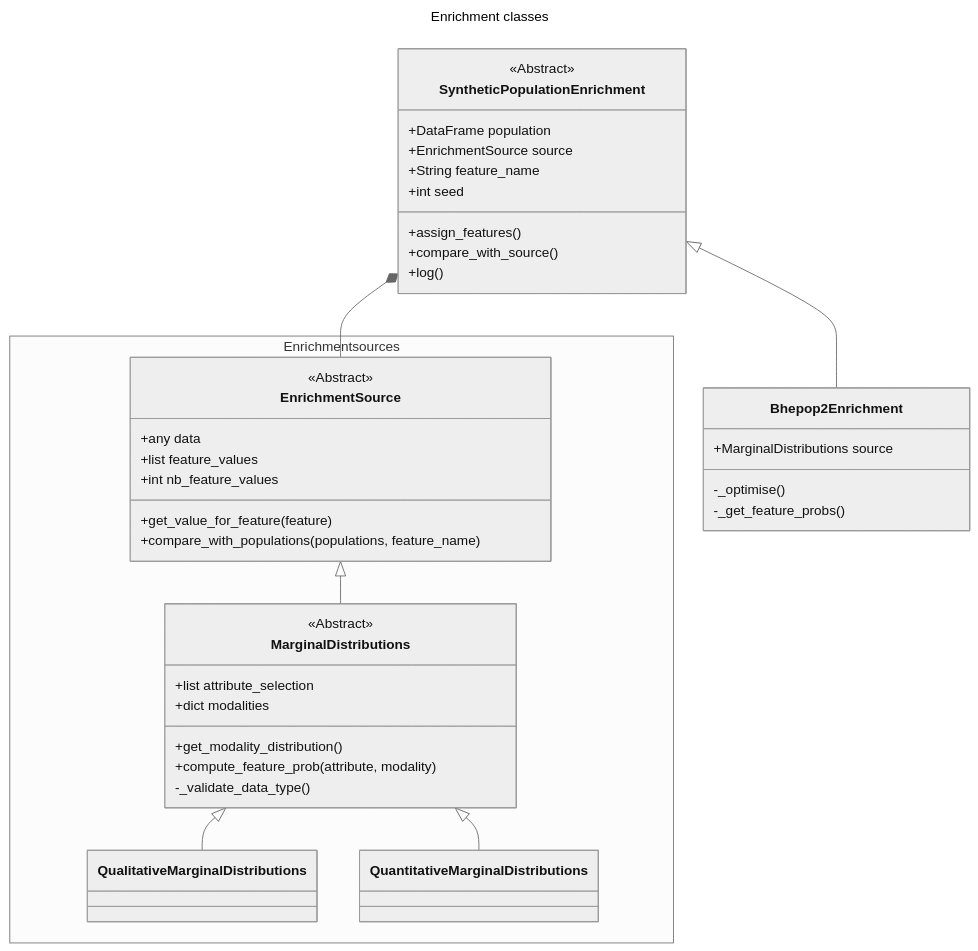
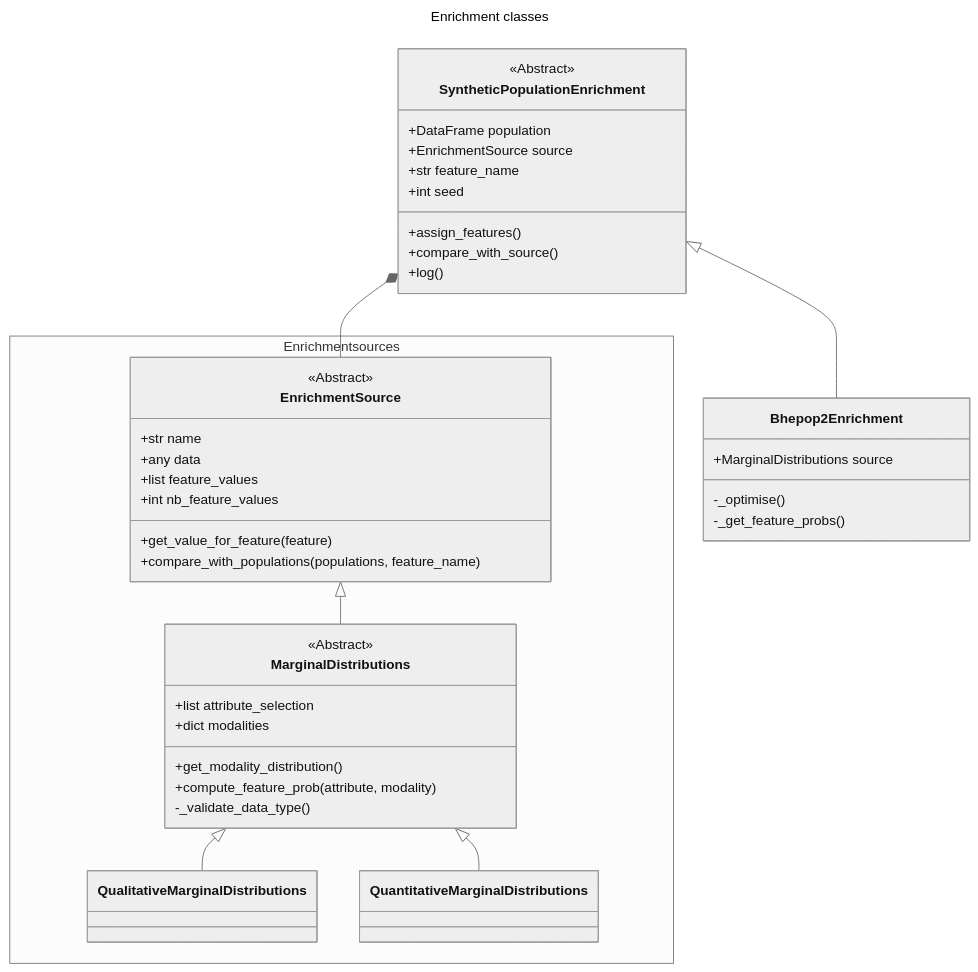
Before and after one commit to tellae/bhepop2: the diagram in docs/enrichment_classes.md, drawn with Mermaid (neutral theme). The commit also changed 5 other files, not shown here.

````diff
--- a/docs/enrichment_classes.md
+++ b/docs/enrichment_classes.md
@@ -2,58 +2,59 @@
 ```mermaid
 ---
 title: Enrichment classes
 ---
 classDiagram
     SyntheticPopulationEnrichment <|-- Bhepop2Enrichment
     SyntheticPopulationEnrichment *-- EnrichmentSource
     EnrichmentSource <|-- MarginalDistributions
     MarginalDistributions <|-- QualitativeMarginalDistributions
     MarginalDistributions <|-- QuantitativeMarginalDistributions
     
     
     class SyntheticPopulationEnrichment{
         <<Abstract>>
         +DataFrame population
         +EnrichmentSource source
-        +String feature_name
+        +str feature_name
         +int seed
         +assign_features()
         +compare_with_source()
         +log()
     }
 
     class Bhepop2Enrichment{
         +MarginalDistributions source
         -_optimise()
         -_get_feature_probs()
     }
 
 namespace Enrichment sources {
 
     class EnrichmentSource{
         <<Abstract>>
+        +str name
         +any data
         +list feature_values
         +int nb_feature_values
         +get_value_for_feature(feature)
         +compare_with_populations(populations, feature_name)
     }
 
     class MarginalDistributions{
         <<Abstract>>
         +list attribute_selection
         +dict modalities
         +get_modality_distribution()
         +compute_feature_prob(attribute, modality)
         -_validate_data_type()
     }
 
     class QualitativeMarginalDistributions{
         
     }
 
     class QuantitativeMarginalDistributions{
     
 }
 }
 ```
````
